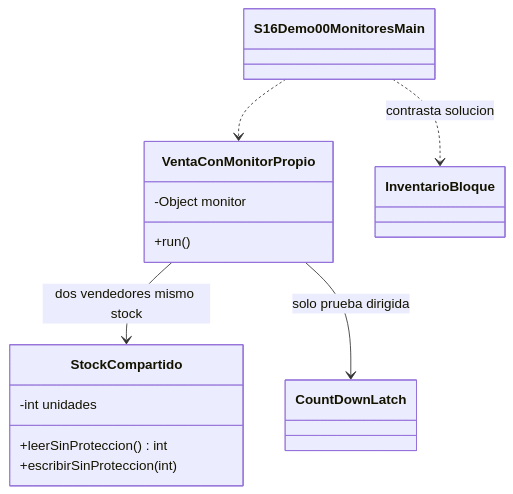
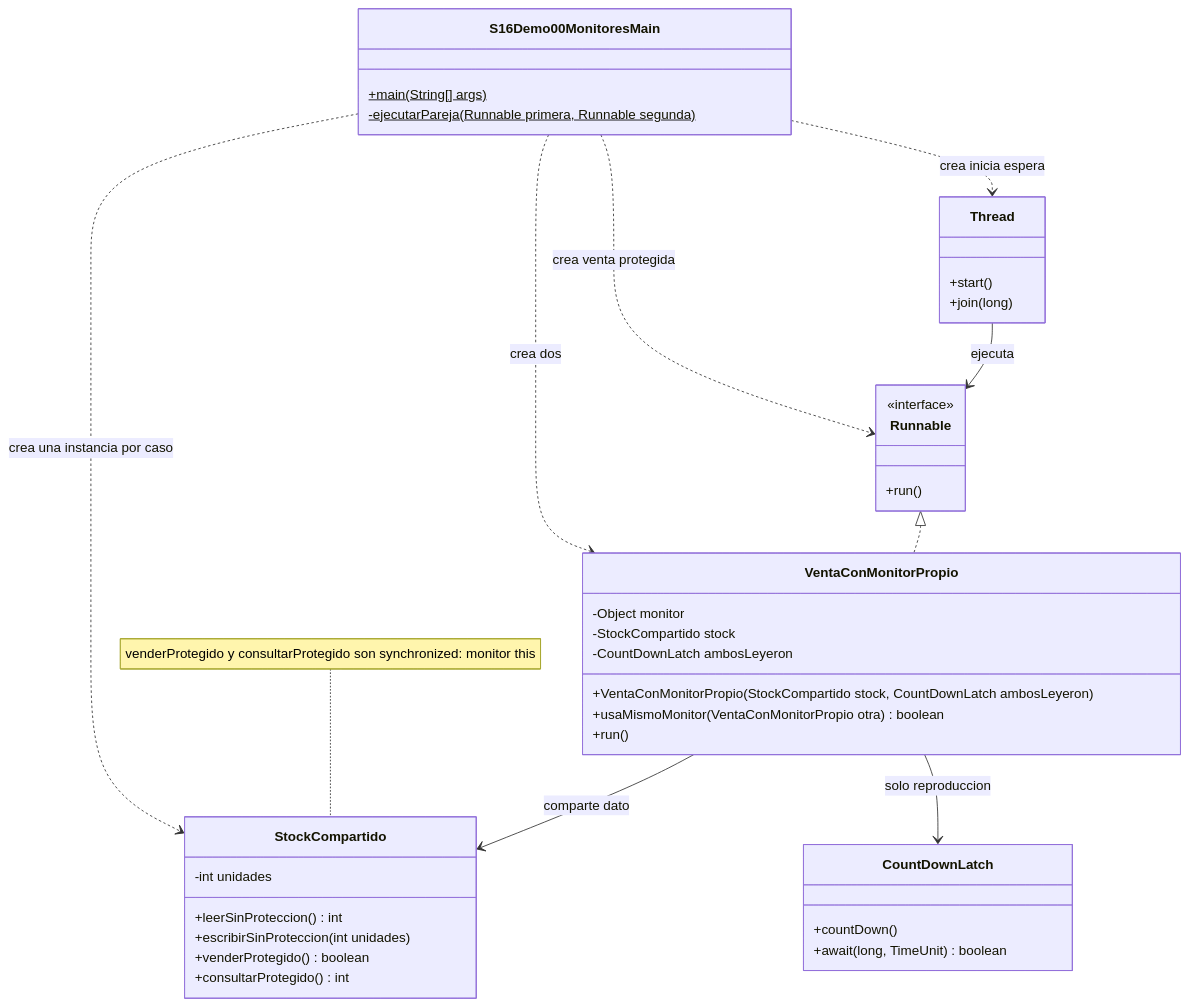
Before and after one commit to JopsWtD/campuslands-java: the second of 3 diagrams in src/04-concurrencia-java/sesion-16-sincronizacion-atomicos/demo/s16demo00/README.md, drawn with Mermaid. The commit also changed other lines of this file and 14 other files, not shown here.

````diff
--- a/src/04-concurrencia-java/sesion-16-sincronizacion-atomicos/demo/s16demo00/README.md
+++ b/src/04-concurrencia-java/sesion-16-sincronizacion-atomicos/demo/s16demo00/README.md
@@ -115,16 +131,43 @@
 ```mermaid
 classDiagram
 class StockCompartido {
     -int unidades
     +leerSinProteccion() int
-    +escribirSinProteccion(int)
+    +escribirSinProteccion(int unidades)
+    +venderProtegido() boolean
+    +consultarProtegido() int
 }
 class VentaConMonitorPropio {
     -Object monitor
+    -StockCompartido stock
+    -CountDownLatch ambosLeyeron
+    +VentaConMonitorPropio(StockCompartido stock, CountDownLatch ambosLeyeron)
+    +usaMismoMonitor(VentaConMonitorPropio otra) boolean
     +run()
 }
-VentaConMonitorPropio --> StockCompartido : dos vendedores mismo stock
-VentaConMonitorPropio --> CountDownLatch : solo prueba dirigida
-S16Demo00MonitoresMain ..> VentaConMonitorPropio
-S16Demo00MonitoresMain ..> InventarioBloque : contrasta solucion
+class Runnable {
+    <<interface>>
+    +run()
+}
+class Thread {
+    +start()
+    +join(long)
+}
+class CountDownLatch {
+    +countDown()
+    +await(long, TimeUnit) boolean
+}
+class S16Demo00MonitoresMain {
+    +main(String[] args)$
+    -ejecutarPareja(Runnable primera, Runnable segunda)$
+}
+Runnable <|.. VentaConMonitorPropio
+VentaConMonitorPropio --> StockCompartido : comparte dato
+VentaConMonitorPropio --> CountDownLatch : solo reproduccion
+Thread --> Runnable : ejecuta
+S16Demo00MonitoresMain ..> StockCompartido : crea una instancia por caso
+S16Demo00MonitoresMain ..> VentaConMonitorPropio : crea dos
+S16Demo00MonitoresMain ..> Runnable : crea venta protegida
+S16Demo00MonitoresMain ..> Thread : crea inicia espera
+note for StockCompartido "venderProtegido y consultarProtegido son synchronized: monitor this"
 ```
````
